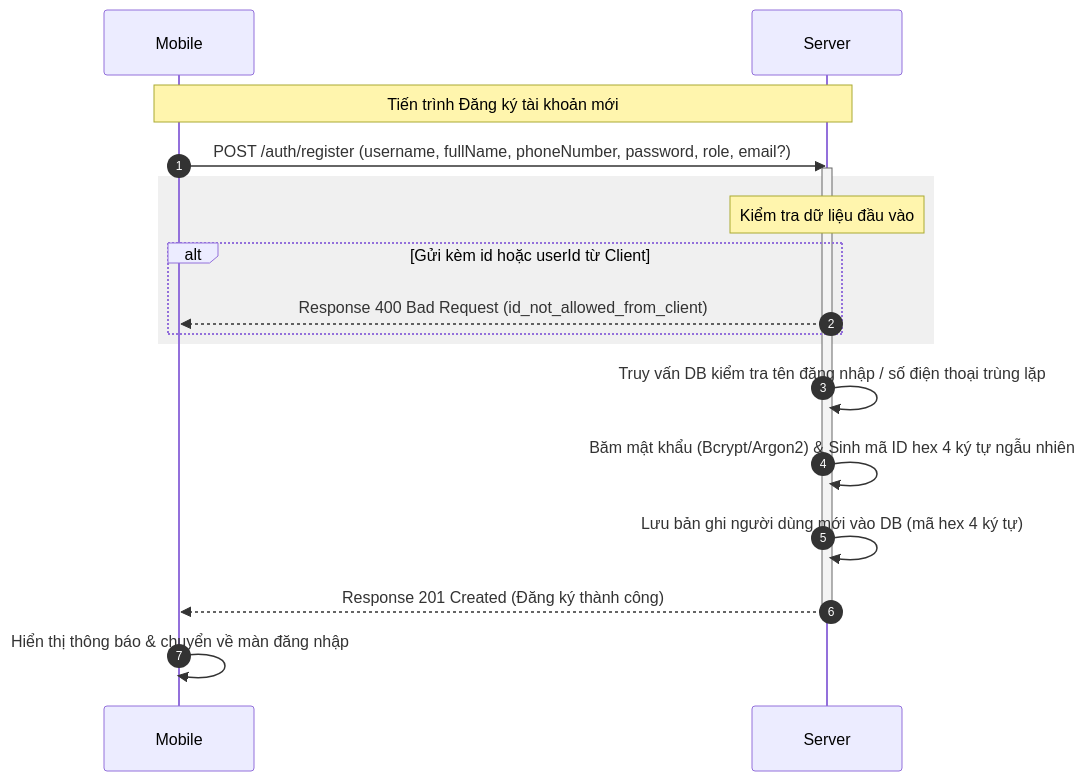
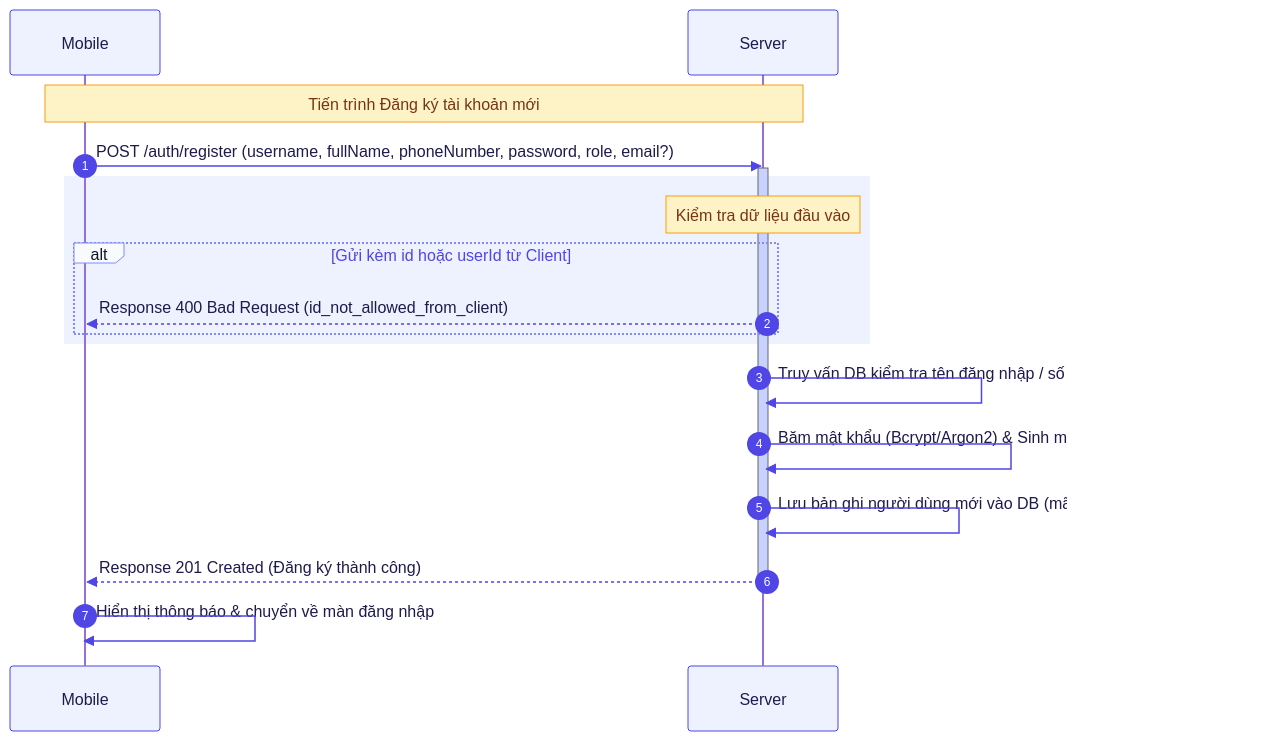
The second of 18 diagrams in docs/04-sequence-diagram.md (trungnguyenthien/Wildlife-Warning-and-Deterrence-System), drawn with Mermaid before and after one commit. The commit also changed other lines of this file and 1 other file, not shown here.

Commit message:
docs: update sequence diagram and add mermaid style guide documentation

````diff
--- a/docs/04-sequence-diagram.md
+++ b/docs/04-sequence-diagram.md
@@ -108,24 +138,54 @@
 ```mermaid
+%%{init: {
+  'theme': 'default',
+  'sequence': {
+    'rightAngles': true,
+    'messageAlign': 'left',
+    'messageMargin': 40,
+    'actorMargin': 80
+  },
+  'themeVariables': {
+    'primaryColor': '#EEF2FF',
+    'primaryTextColor': '#1E1B4B',
+    'primaryBorderColor': '#6366F1',
+    'lineColor': '#4F46E5',
+    'secondaryColor': '#F0FDFA',
+    'actorBkg': '#EEF2FF',
+    'actorBorder': '#4F46E5',
+    'actorTextColor': '#1E1B4B',
+    'signalColor': '#4F46E5',
+    'signalTextColor': '#1E1B4B',
+    'labelBoxBkgColor': '#F8FAFC',
+    'labelBoxBorderColor': '#818CF8',
+    'labelTextColor': '#0F172A',
+    'loopTextColor': '#4F46E5',
+    'noteBkgColor': '#FEF3C7',
+    'noteTextColor': '#78350F',
+    'noteBorderColor': '#F59E0B',
+    'activationBkgColor': '#C7D2FE',
+    'sequenceNumberColor': '#FFFFFF'
+  }
+}}%%
 sequenceDiagram
     autonumber
     participant Mobile as Mobile
     participant Server as Server
 
     Note over Mobile, Server: Tiến trình Đăng ký tài khoản mới
     Mobile->>Server: POST /auth/register (username, fullName, phoneNumber, password, role, email?)
     activate Server
 
-    rect rgb(240, 240, 240)
+    rect rgb(238, 242, 255)
         Note over Server: Kiểm tra dữ liệu đầu vào
         alt Gửi kèm id hoặc userId từ Client
             Server-->>Mobile: Response 400 Bad Request (id_not_allowed_from_client)
         end
     end
 
     Server->>Server: Truy vấn DB kiểm tra tên đăng nhập / số điện thoại trùng lặp
     Server->>Server: Băm mật khẩu (Bcrypt/Argon2) & Sinh mã ID hex 4 ký tự ngẫu nhiên
     Server->>Server: Lưu bản ghi người dùng mới vào DB (mã hex 4 ký tự)
     Server-->>Mobile: Response 201 Created (Đăng ký thành công)
     deactivate Server
     Mobile->>Mobile: Hiển thị thông báo & chuyển về màn đăng nhập
 ```
````
